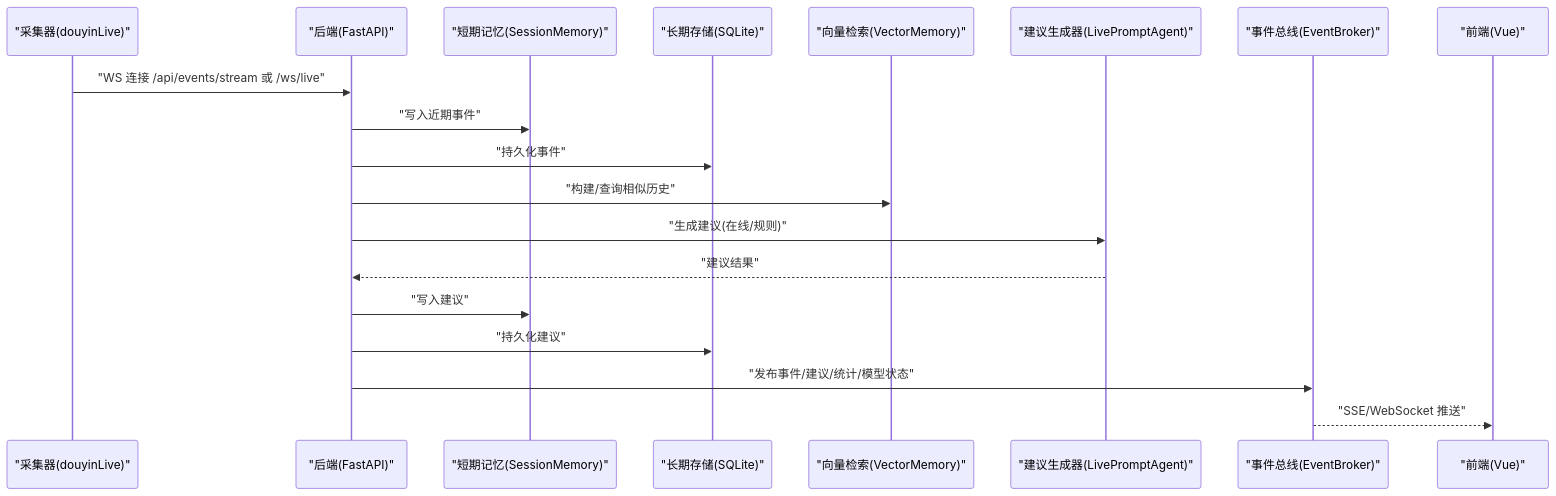
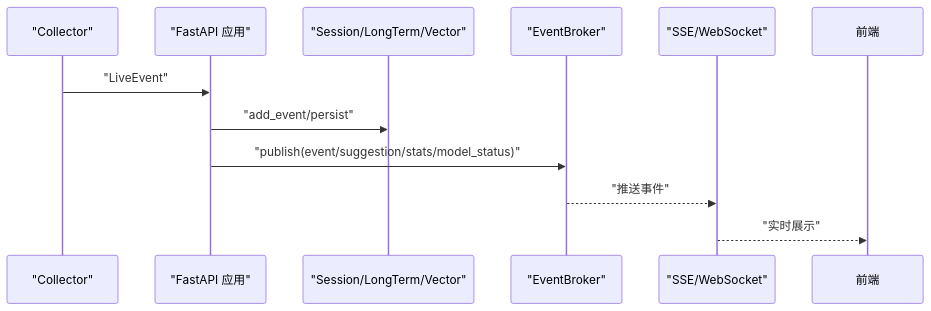
The third of 7 diagrams in .qoder/repowiki/zh/content/部署指南/部署指南.md (Moon-Force/DouYin_llm), drawn with Mermaid before and after one commit. The commit also changed other lines of this file and 218 other files, not shown here.

````diff
--- a/.qoder/repowiki/zh/content/部署指南/部署指南.md
+++ b/.qoder/repowiki/zh/content/部署指南/部署指南.md
@@ -98,21 +117,13 @@
 ```mermaid
 sequenceDiagram
-participant Tool as "采集器(douyinLive)"
-participant App as "后端(FastAPI)"
-participant Mem as "短期记忆(SessionMemory)"
-participant LTS as "长期存储(SQLite)"
-participant Vec as "向量检索(VectorMemory)"
-participant Agent as "建议生成器(LivePromptAgent)"
-participant Broker as "事件总线(EventBroker)"
-participant FE as "前端(Vue)"
-Tool->>App : "WS 连接 /api/events/stream 或 /ws/live"
-App->>Mem : "写入近期事件"
-App->>LTS : "持久化事件"
-App->>Vec : "构建/查询相似历史"
-App->>Agent : "生成建议(在线/规则)"
-Agent-->>App : "建议结果"
-App->>Mem : "写入建议"
-App->>LTS : "持久化建议"
-App->>Broker : "发布事件/建议/统计/模型状态"
-Broker-->>FE : "SSE/WebSocket 推送"
+participant COL as "Collector"
+participant APP as "FastAPI 应用"
+participant MEM as "Session/LongTerm/Vector"
+participant BR as "EventBroker"
+participant WS as "SSE/WebSocket"
+COL->>APP : "LiveEvent"
+APP->>MEM : "add_event/persist"
+APP->>BR : "publish(event/suggestion/stats/model_status)"
+BR-->>WS : "推送事件"
+WS-->>前端 : "实时展示"
 ```
````
